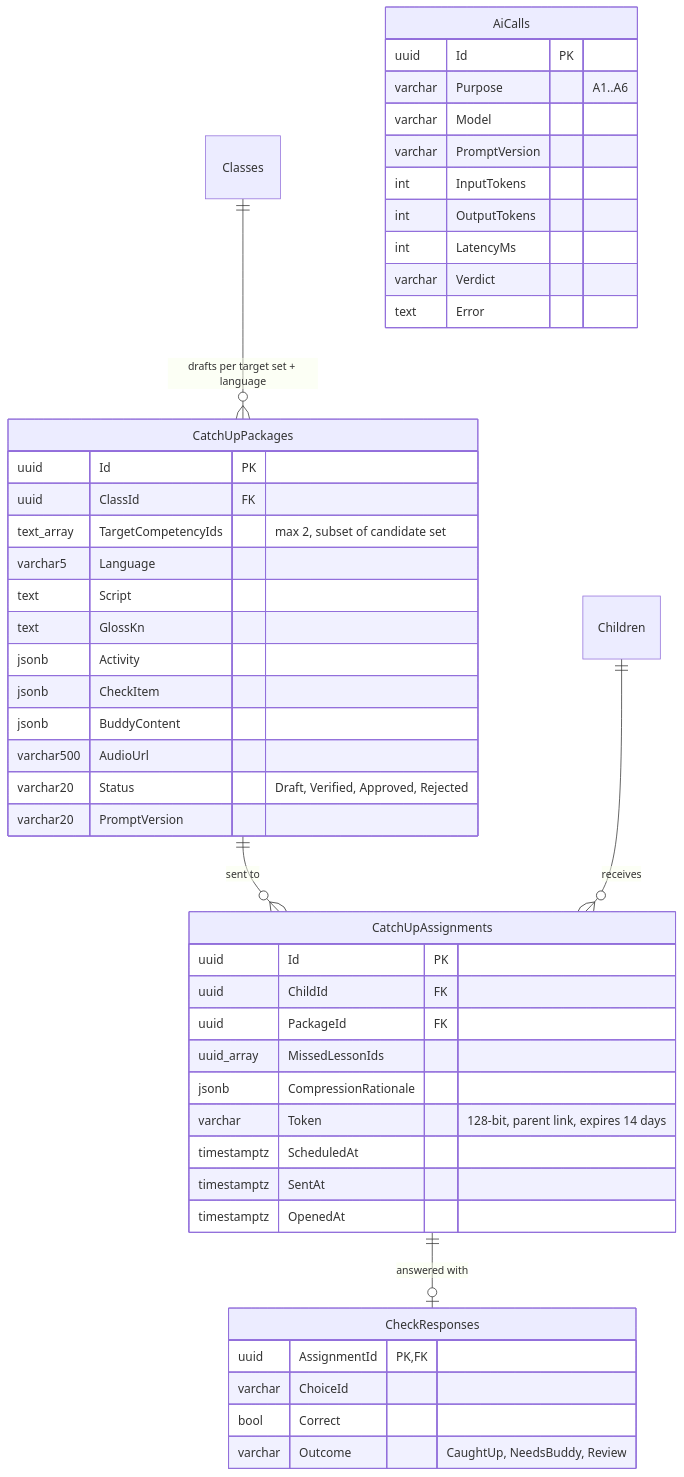
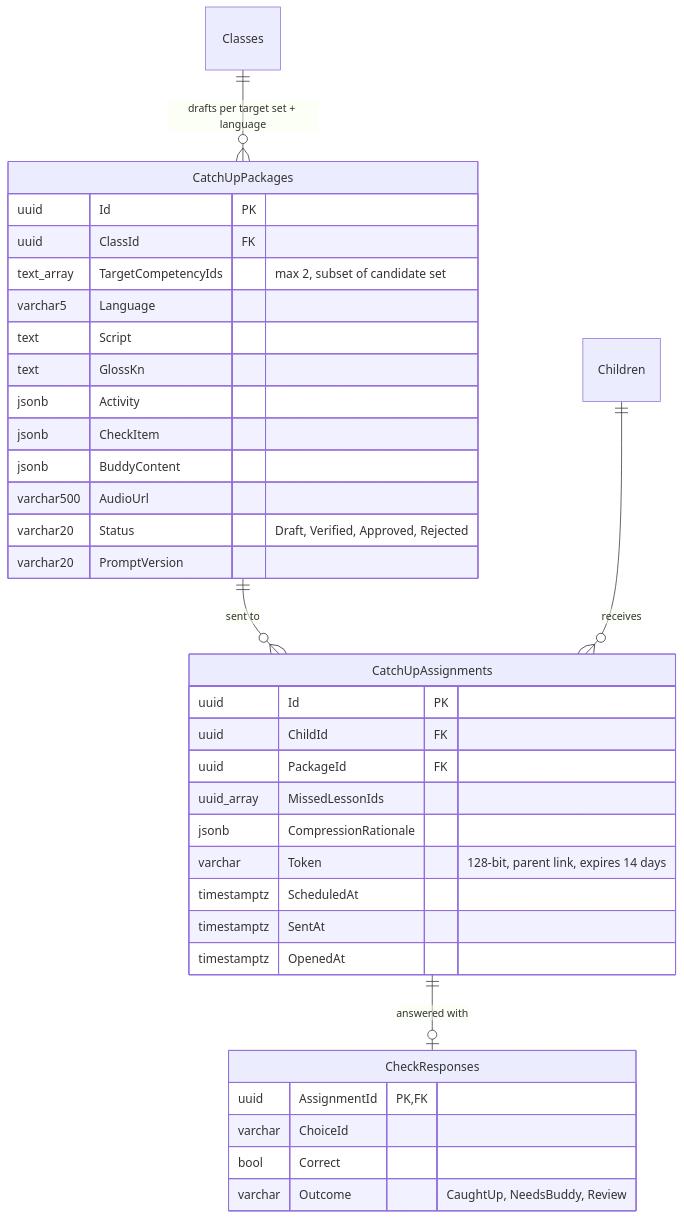
Before and after one commit to rahul-oswal07/slate-ai: the second of 2 diagrams in docs/database.md, drawn with Mermaid. The commit also changed other lines of this file and 32 other files, not shown here.

````diff
--- a/docs/database.md
+++ b/docs/database.md
@@ -112,50 +127,39 @@
 ```mermaid
 erDiagram
     Classes ||--o{ CatchUpPackages : "drafts per target set + language"
     CatchUpPackages ||--o{ CatchUpAssignments : "sent to"
     Children ||--o{ CatchUpAssignments : receives
     CatchUpAssignments ||--o| CheckResponses : "answered with"
 
     CatchUpPackages {
         uuid Id PK
         uuid ClassId FK
         text_array TargetCompetencyIds "max 2, subset of candidate set"
         varchar5 Language
         text Script
         text GlossKn
         jsonb Activity
         jsonb CheckItem
         jsonb BuddyContent
         varchar500 AudioUrl
         varchar20 Status "Draft, Verified, Approved, Rejected"
         varchar20 PromptVersion
     }
     CatchUpAssignments {
         uuid Id PK
         uuid ChildId FK
         uuid PackageId FK
         uuid_array MissedLessonIds
         jsonb CompressionRationale
         varchar Token "128-bit, parent link, expires 14 days"
         timestamptz ScheduledAt
         timestamptz SentAt
         timestamptz OpenedAt
     }
     CheckResponses {
         uuid AssignmentId PK,FK
         varchar ChoiceId
         bool Correct
         varchar Outcome "CaughtUp, NeedsBuddy, Review"
     }
-    AiCalls {
-        uuid Id PK
-        varchar Purpose "A1..A6"
-        varchar Model
-        varchar PromptVersion
-        int InputTokens
-        int OutputTokens
-        int LatencyMs
-        varchar Verdict
-        text Error
-    }
 ```
````
